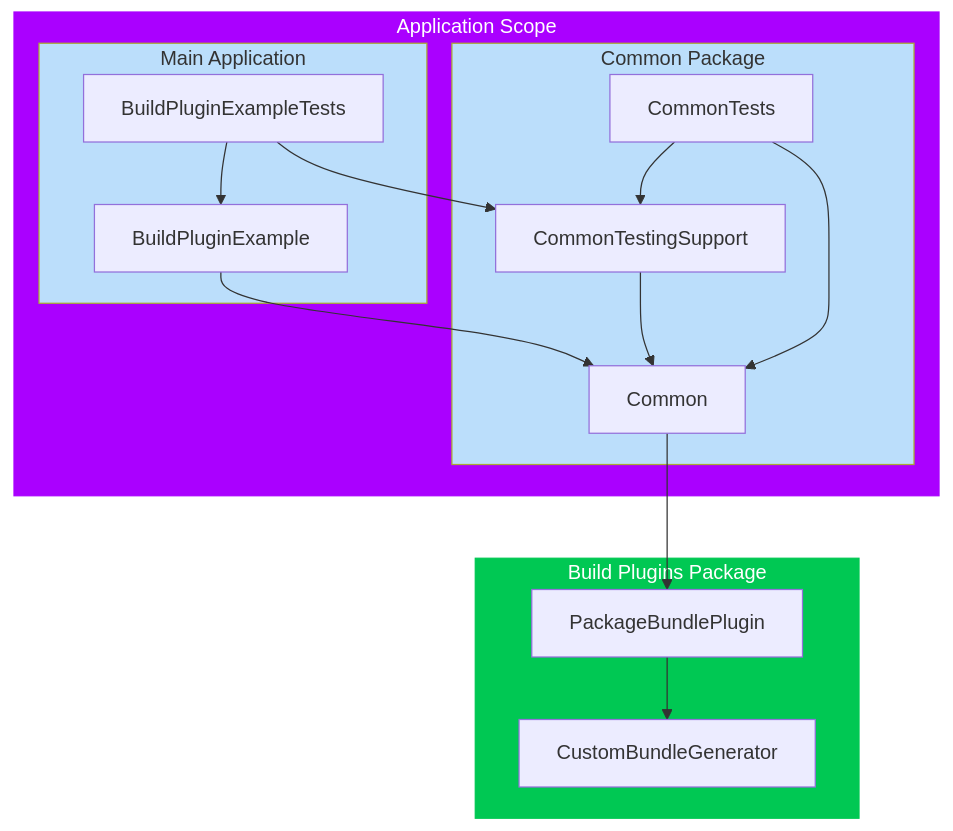
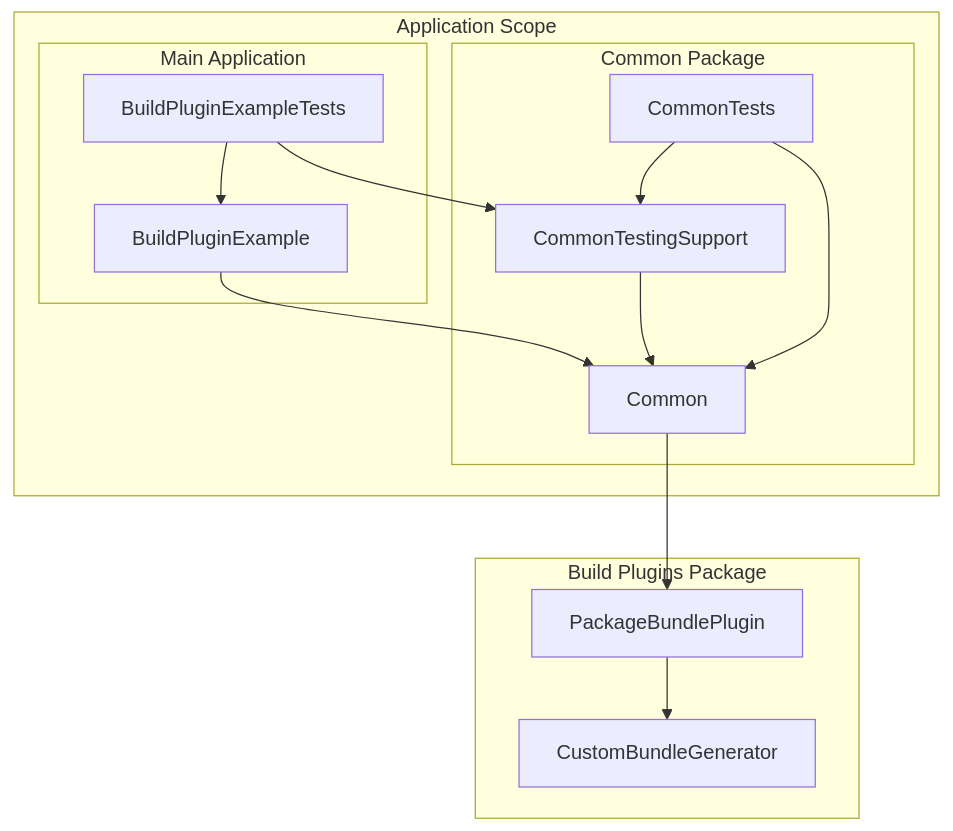
One commit to AlexApriamashvili/tuist-migration-poc changed the diagram in README.md. Above: the diagram before and after it, drawn with Mermaid.

Commit message:
Delete mermaid styles

````diff
--- a/README.md
+++ b/README.md
@@ -21,31 +21,26 @@
 ```mermaid
 flowchart TD
  subgraph MainApplication["Main Application"]
         A["BuildPluginExample"]
         G["BuildPluginExampleTests"]
   end
  subgraph SMPPackage["Common Package"]
         B["Common"]
         C["CommonTestingSupport"]
         D["CommonTests"]
   end
  subgraph ApplicationScope["Application Scope"]
         MainApplication
         SMPPackage
   end
  subgraph BuildToolPluginPackage["Build Plugins Package"]
         E["PackageBundlePlugin"]
         F["CustomBundleGenerator"]
   end
     G --> A & C
     A --> B
     C --> B
     D --> C & B
     E --> F
     B --> E
-
-    style MainApplication fill:#BBDEFB
-    style SMPPackage fill:#BBDEFB
-    style ApplicationScope color:#FFFFFF, fill:#AA00FF, stroke:#AA00FF
-    style BuildToolPluginPackage color:#FFFFFF, stroke:#00C853, fill:#00C853
 ```
````
